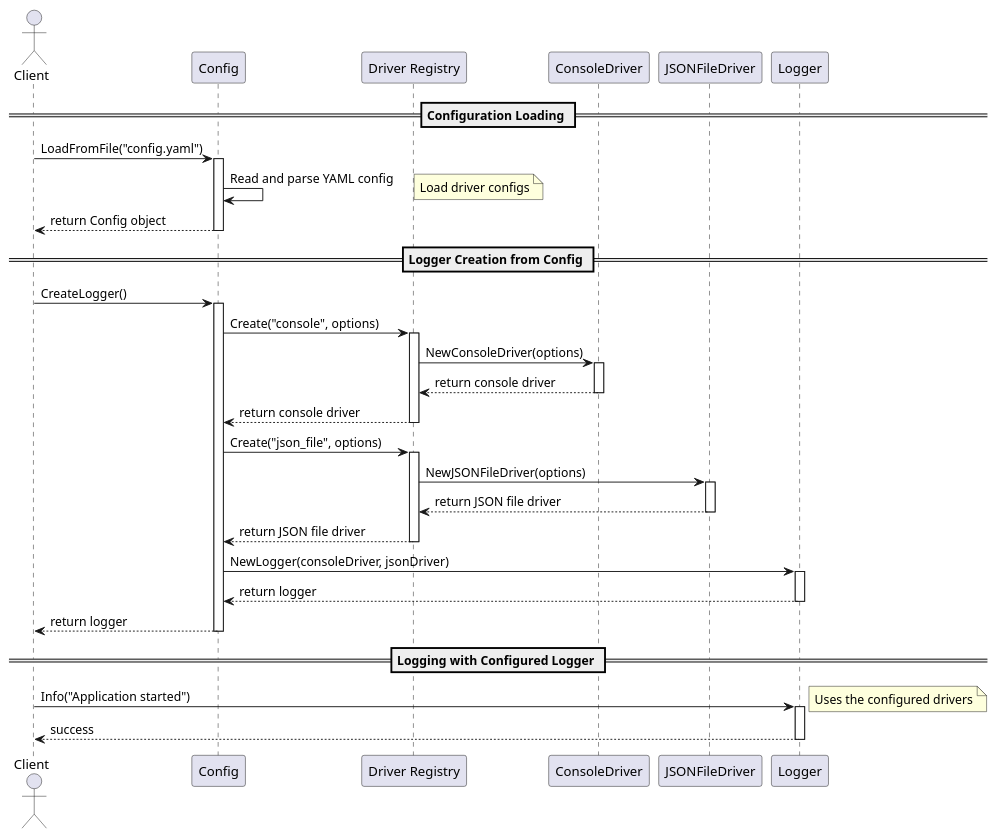
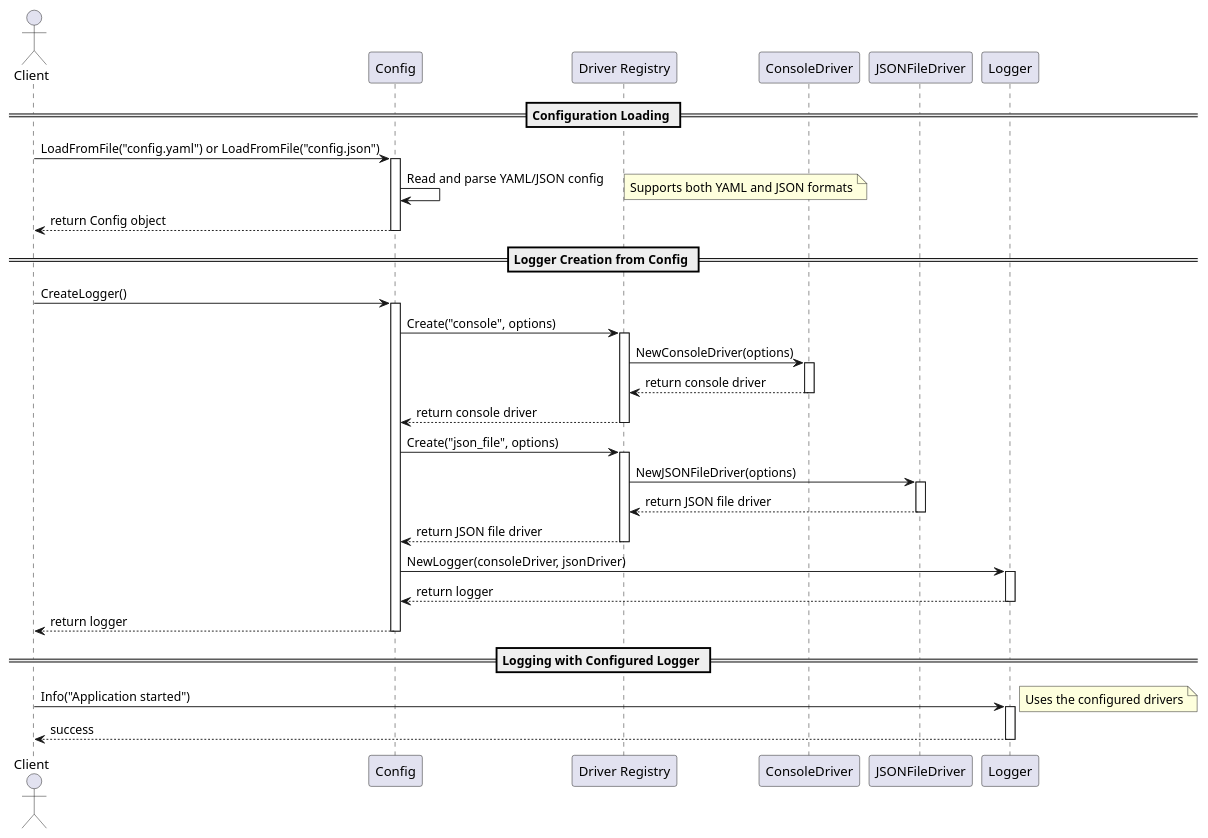
Before and after one commit to MaoDaGreith/logging: the diagram in docs/configuration_sequence_diagram.md, drawn with PlantUML. The commit also changed 2 other files, not shown here.

Commit message:
docs: Update diagrams

```diff
--- a/docs/configuration_sequence_diagram.md
+++ b/docs/configuration_sequence_diagram.md
@@ -1,59 +1,59 @@
 @startuml Configuration Process Sequence Diagram
 
 actor Client
 participant "Config" as config
 participant "Driver Registry" as registry
 participant "ConsoleDriver" as consoleDriver
 participant "JSONFileDriver" as jsonDriver
 participant "Logger" as logger
 
 == Configuration Loading ==
 
-Client -> config : LoadFromFile("config.yaml")
+Client -> config : LoadFromFile("config.yaml") or LoadFromFile("config.json")
 activate config
-config -> config : Read and parse YAML config
-note right: Load driver configs
+config -> config : Read and parse YAML/JSON config
+note right: Supports both YAML and JSON formats
 
 config --> Client : return Config object
 deactivate config
 
 == Logger Creation from Config ==
 
 Client -> config : CreateLogger()
 activate config
 
 config -> registry : Create("console", options)
 activate registry
 registry -> consoleDriver : NewConsoleDriver(options)
 activate consoleDriver
 consoleDriver --> registry : return console driver
 deactivate consoleDriver
 registry --> config : return console driver
 deactivate registry
 
 config -> registry : Create("json_file", options)
 activate registry
 registry -> jsonDriver : NewJSONFileDriver(options)
 activate jsonDriver
 jsonDriver --> registry : return JSON file driver
 deactivate jsonDriver
 registry --> config : return JSON file driver
 deactivate registry
 
 config -> logger : NewLogger(consoleDriver, jsonDriver)
 activate logger
 logger --> config : return logger
 deactivate logger
 
 config --> Client : return logger
 deactivate config
 
 == Logging with Configured Logger ==
 
 Client -> logger : Info("Application started")
 activate logger
 note right: Uses the configured drivers
 logger --> Client : success
 deactivate logger
 
 @enduml
```
